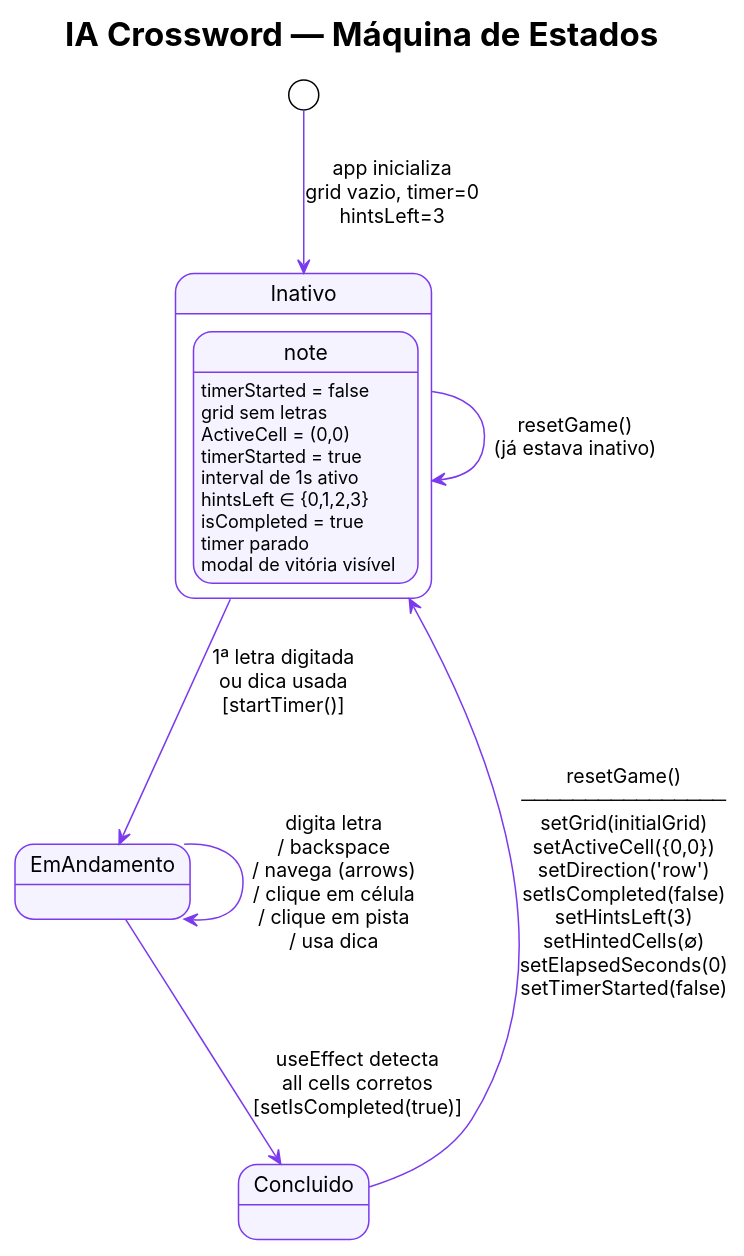
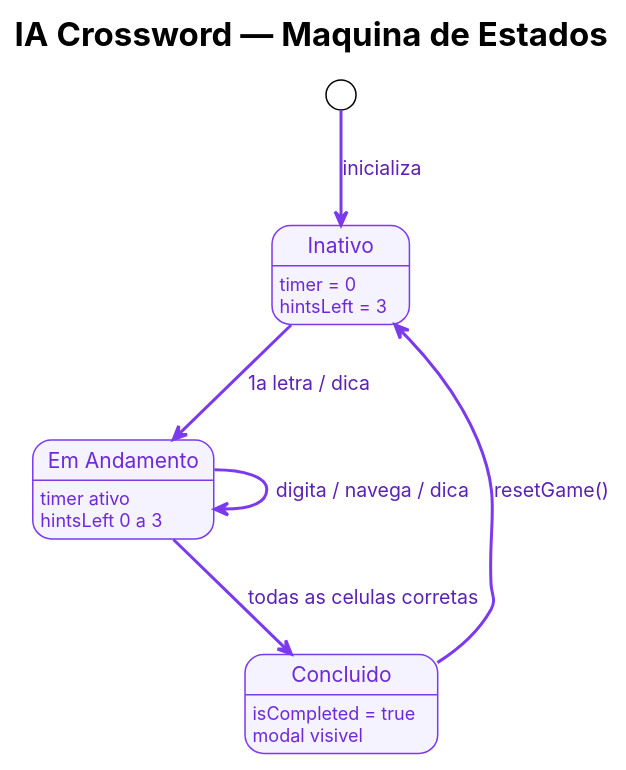
Before and after one commit to cassiocostadgs/gameWord: the fourth of 5 diagrams in diagrama.puml, drawn with PlantUML. The commit also changed other lines of this file and 1 other file, not shown here.

```diff
--- a/diagrama.puml
+++ b/diagrama.puml
@@ -233,37 +210,38 @@
 @startuml EstadosJogo
 
-title IA Crossword — Máquina de Estados
+title IA Crossword — Maquina de Estados
 
 !theme plain
 skinparam defaultFontName Inter
 skinparam ArrowColor #7C3AED
-skinparam StateBorderColor #7C3AED
-skinparam StateBackgroundColor #F5F3FF
-skinparam StateStartColor #7C3AED
-skinparam StateEndColor #5B21B6
+skinparam ArrowThickness 2
+skinparam ArrowFontColor #5B21B6
 
-[*] --> Inativo : app inicializa\ngrid vazio, timer=0\nhintsLeft=3
-
-state Inativo {
-  note : timerStarted = false\ngrid sem letras\nActiveCell = (0,0)
+skinparam state {
+  BorderColor #7C3AED
+  BackgroundColor #F5F3FF
+  FontColor #3B0764
+  StartColor #7C3AED
+  EndColor #5B21B6
+  AttributeFontColor #6D28D9
 }
 
-state EmAndamento {
-  note : timerStarted = true\ninterval de 1s ativo\nhintsLeft ∈ {0,1,2,3}
+skinparam note {
+  BackgroundColor #FAF5FF
+  BorderColor #A78BFA
 }
 
-state Concluido {
-  note : isCompleted = true\ntimer parado\nmodal de vitória visível
-}
+[*] --> Inativo : inicializa
 
-Inativo --> EmAndamento : 1ª letra digitada\nou dica usada\n[startTimer()]
+state Inativo : timer = 0\nhintsLeft = 3
 
-EmAndamento --> EmAndamento : digita letra\n/ backspace\n/ navega (arrows)\n/ clique em célula\n/ clique em pista\n/ usa dica
+state "Em Andamento" as EmAndamento : timer ativo\nhintsLeft 0 a 3
 
-EmAndamento --> Concluido : useEffect detecta\nall cells corretos\n[setIsCompleted(true)]
+state Concluido : isCompleted = true\nmodal visivel
 
-Concluido --> Inativo : resetGame()\n────────────────\nsetGrid(initialGrid)\nsetActiveCell({0,0})\nsetDirection('row')\nsetIsCompleted(false)\nsetHintsLeft(3)\nsetHintedCells(∅)\nsetElapsedSeconds(0)\nsetTimerStarted(false)
-
-Inativo --> Inativo : resetGame()\n(já estava inativo)
+Inativo     --> EmAndamento : 1a letra / dica
+EmAndamento --> EmAndamento : digita / navega / dica
+EmAndamento --> Concluido   : todas as celulas corretas
+Concluido   --> Inativo     : resetGame()
 
 @enduml
```
